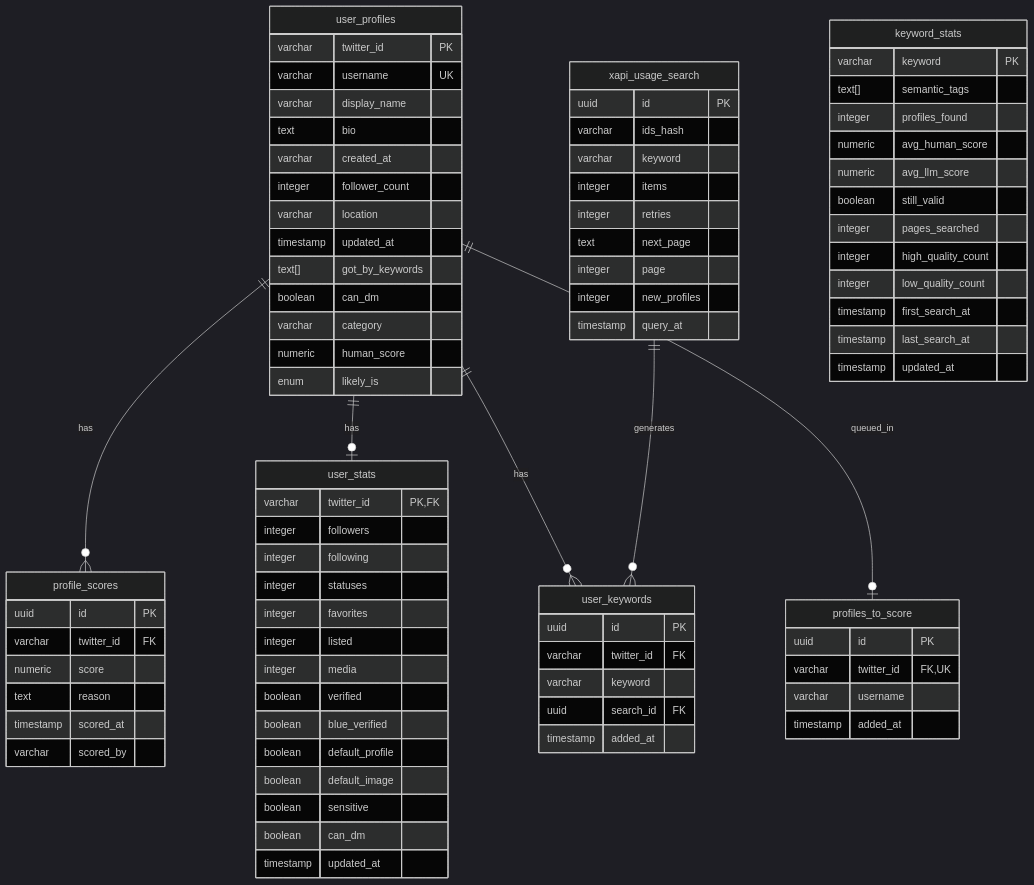
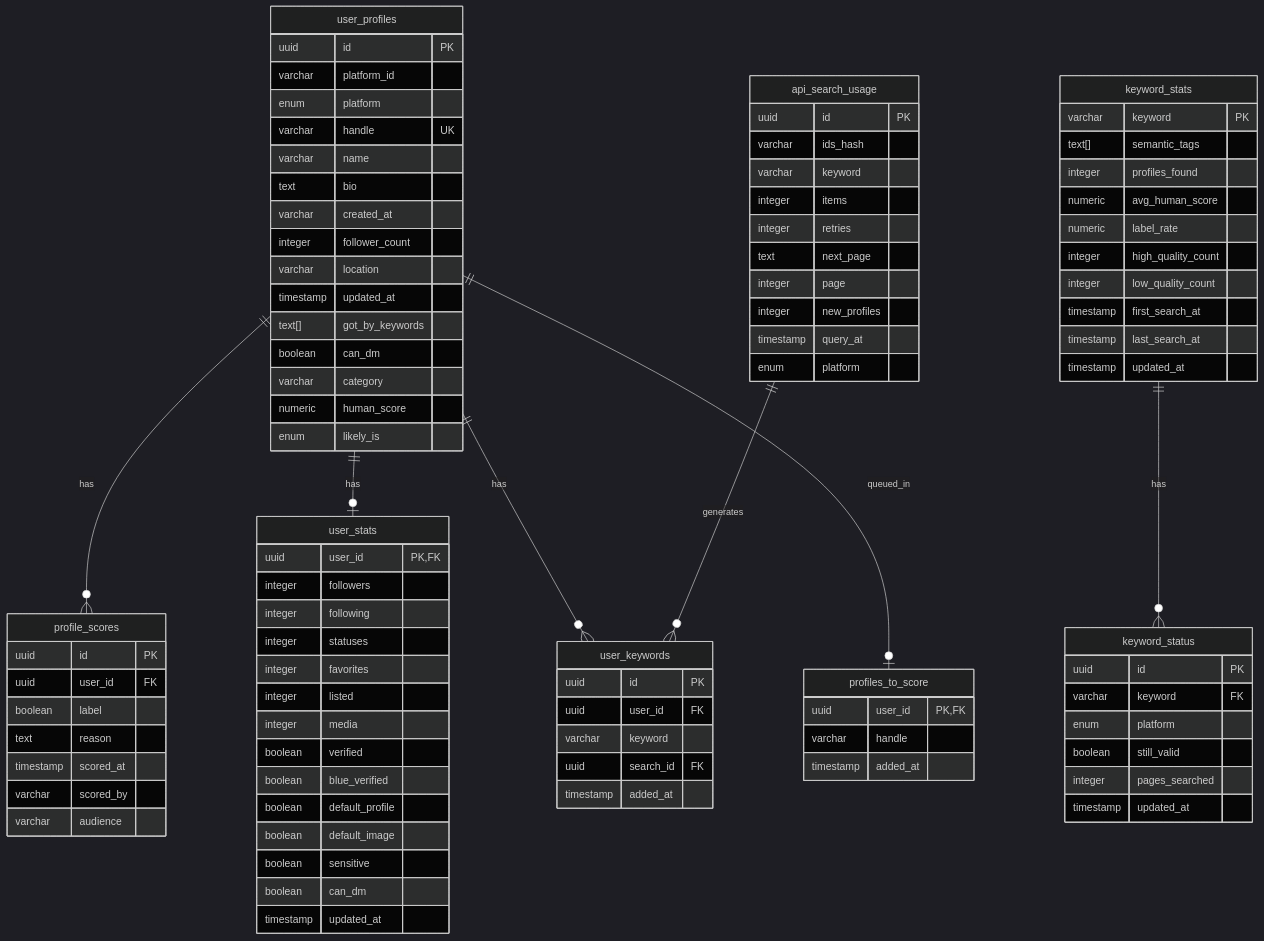
The second of 2 diagrams in docs/data_pipeline.md (DanEscher98/twitter-profile-scorer), drawn with Mermaid (dark theme) before and after one commit. The commit also changed other lines of this file and 1 other file, not shown here.

First line of the commit message:
Update docs for multi-platform support

````diff
--- a/docs/data_pipeline.md
+++ b/docs/data_pipeline.md
@@ -46,12 +46,15 @@
     user_profiles ||--o| user_stats : has
     user_profiles ||--o{ user_keywords : has
     user_profiles ||--o| profiles_to_score : queued_in
-    xapi_usage_search ||--o{ user_keywords : generates
+    api_search_usage ||--o{ user_keywords : generates
+    keyword_stats ||--o{ keyword_status : has
 
     user_profiles {
-        varchar twitter_id PK
-        varchar username UK
-        varchar display_name
+        uuid id PK
+        varchar platform_id
+        enum platform
+        varchar handle UK
+        varchar name
         text bio
         varchar created_at
         integer follower_count
@@ -66,15 +69,16 @@
 
     profile_scores {
         uuid id PK
-        varchar twitter_id FK
-        numeric score
+        uuid user_id FK
+        boolean label
         text reason
         timestamp scored_at
         varchar scored_by
+        varchar audience
     }
 
     user_stats {
-        varchar twitter_id PK,FK
+        uuid user_id PK,FK
         integer followers
         integer following
         integer statuses
@@ -91,21 +95,20 @@
     }
 
     profiles_to_score {
-        uuid id PK
-        varchar twitter_id FK,UK
-        varchar username
+        uuid user_id PK,FK
+        varchar handle
         timestamp added_at
     }
 
     user_keywords {
         uuid id PK
-        varchar twitter_id FK
+        uuid user_id FK
         varchar keyword
         uuid search_id FK
         timestamp added_at
     }
 
-    xapi_usage_search {
+    api_search_usage {
         uuid id PK
         varchar ids_hash
         varchar keyword
@@ -115,6 +118,7 @@
         integer page
         integer new_profiles
         timestamp query_at
+        enum platform
     }
 
     keyword_stats {
@@ -122,13 +126,20 @@
         text[] semantic_tags
         integer profiles_found
         numeric avg_human_score
-        numeric avg_llm_score
-        boolean still_valid
-        integer pages_searched
+        numeric label_rate
         integer high_quality_count
         integer low_quality_count
         timestamp first_search_at
         timestamp last_search_at
         timestamp updated_at
     }
+
+    keyword_status {
+        uuid id PK
+        varchar keyword FK
+        enum platform
+        boolean still_valid
+        integer pages_searched
+        timestamp updated_at
+    }
 ```
````
